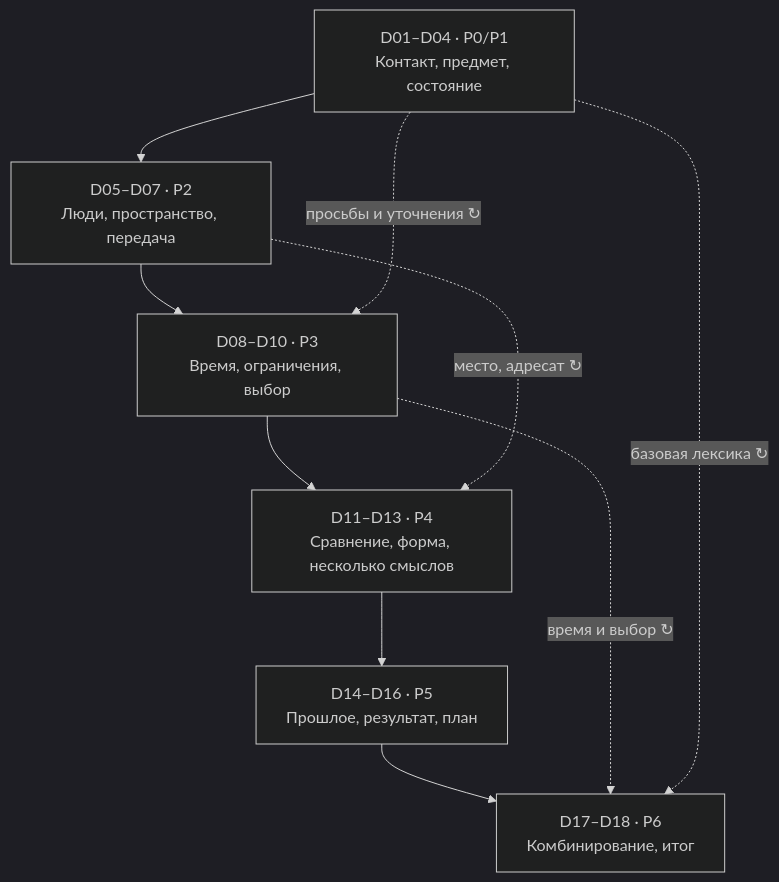
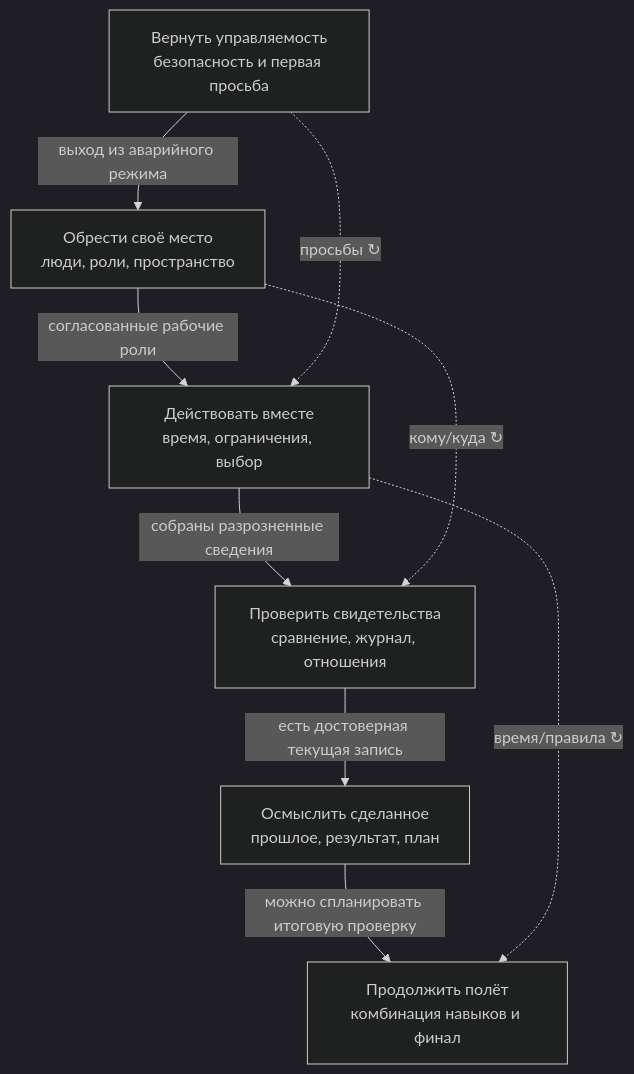
One commit to ExecBit/language-life-sim changed the first of 5 diagrams in implementations/story_rpg/docs/ACT_DAY_PROGRESSION_MAP.md. Above: the diagram before and after it, drawn with Mermaid (dark theme). The commit also changed other lines of this file, not shown here.

````diff
--- a/implementations/story_rpg/docs/ACT_DAY_PROGRESSION_MAP.md
+++ b/implementations/story_rpg/docs/ACT_DAY_PROGRESSION_MAP.md
@@ -18,14 +9,17 @@
 ```mermaid
 flowchart TD
- A["D01–D04 · P0/P1<br/>Контакт, предмет, состояние"]
- B["D05–D07 · P2<br/>Люди, пространство, передача"]
- C["D08–D10 · P3<br/>Время, ограничения, выбор"]
- D["D11–D13 · P4<br/>Сравнение, форма, несколько смыслов"]
- E["D14–D16 · P5<br/>Прошлое, результат, план"]
- F["D17–D18 · P6<br/>Комбинирование, итог"]
- A --> B --> C --> D --> E --> F
- A -. "просьбы и уточнения ↻" .-> C
- B -. "место, адресат ↻" .-> D
- C -. "время и выбор ↻" .-> F
- A -. "базовая лексика ↻" .-> F
+ A["Вернуть управляемость<br/>безопасность и первая просьба"]
+ B["Обрести своё место<br/>люди, роли, пространство"]
+ C["Действовать вместе<br/>время, ограничения, выбор"]
+ D["Проверить свидетельства<br/>сравнение, журнал, отношения"]
+ E["Осмыслить сделанное<br/>прошлое, результат, план"]
+ F["Продолжить полёт<br/>комбинация навыков и финал"]
+ A -->|"выход из аварийного режима"| B
+ B -->|"согласованные рабочие роли"| C
+ C -->|"собраны разрозненные сведения"| D
+ D -->|"есть достоверная текущая запись"| E
+ E -->|"можно спланировать итоговую проверку"| F
+ A -. "просьбы ↻" .-> C
+ B -. "кому/куда ↻" .-> D
+ C -. "время/правила ↻" .-> F
 ```
````
